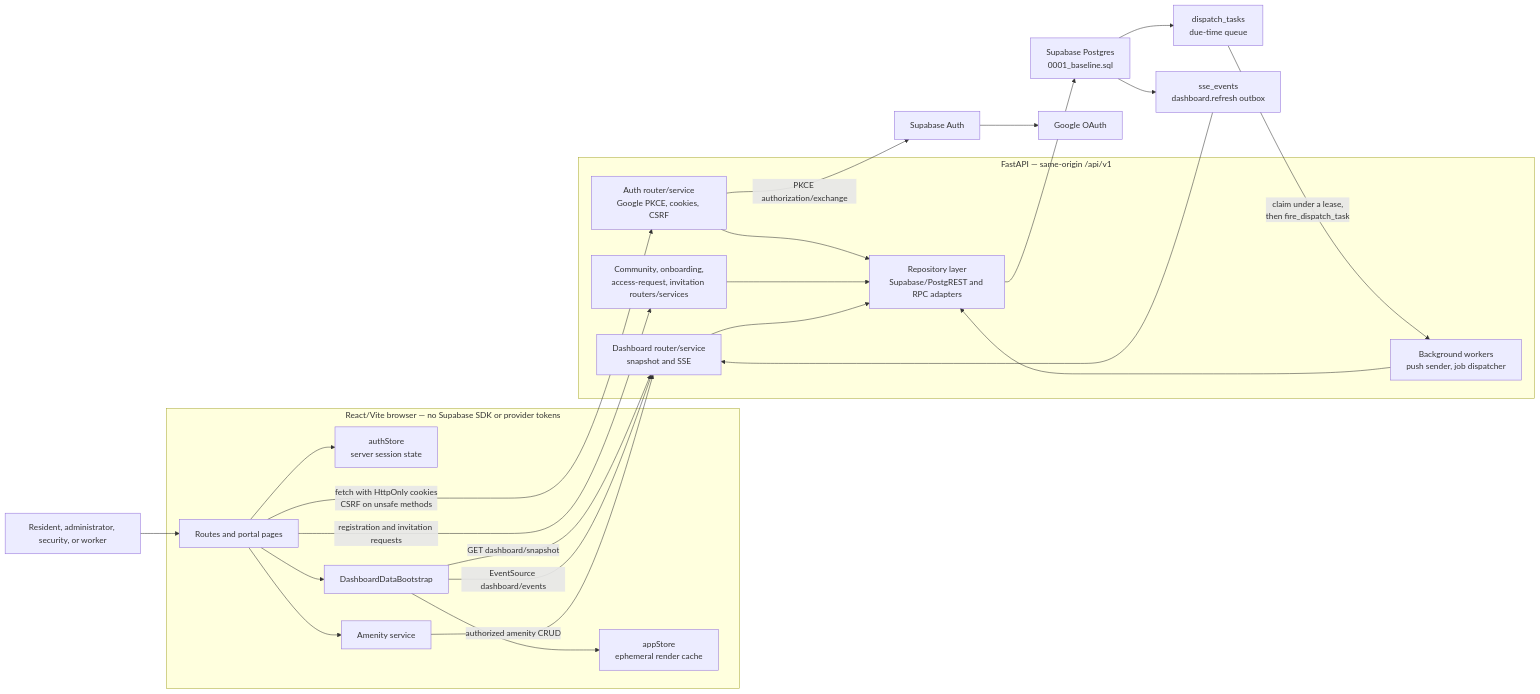
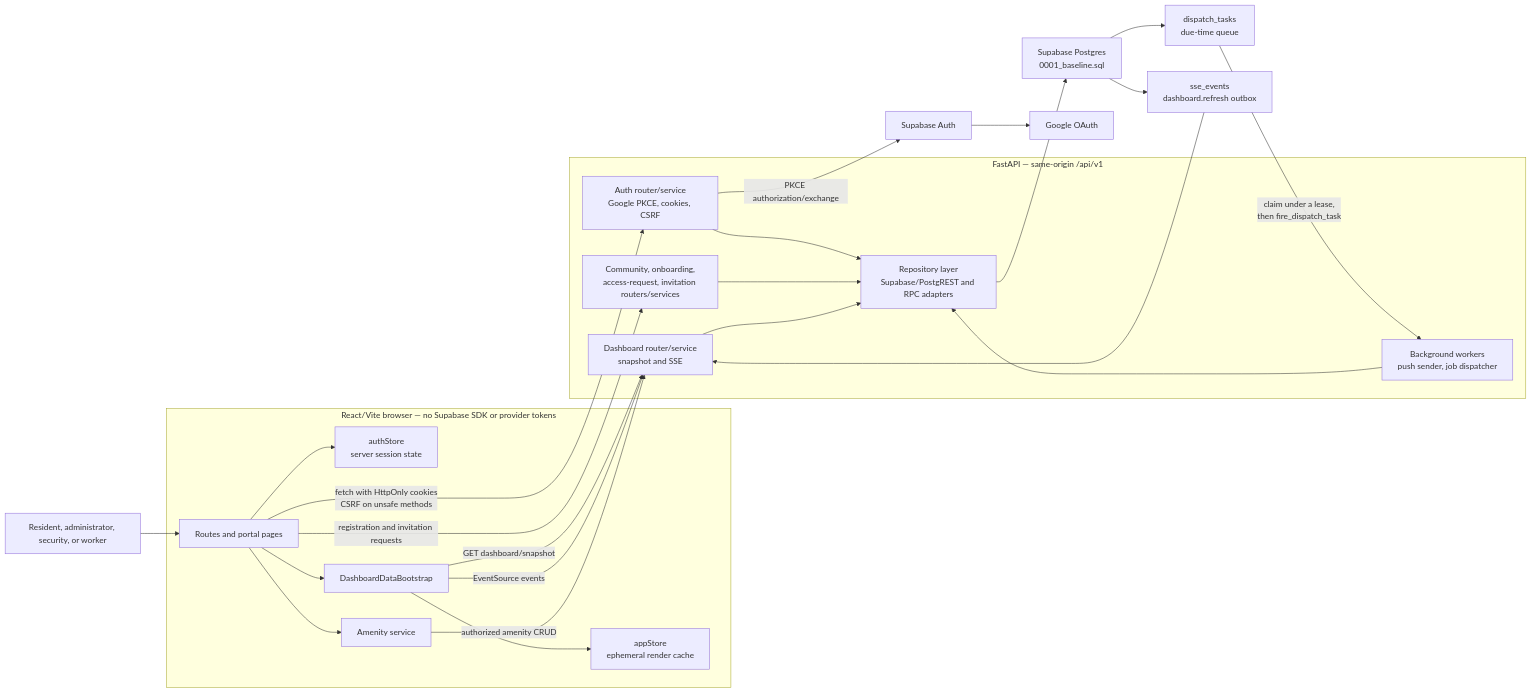
One commit to painful-bug/MAY2026-Team-035 changed the first of 2 diagrams in docs/ARCHITECTURE.md. Above: the diagram before and after it, drawn with Mermaid. The commit also changed other lines of this file and 9 other files, not shown here.

Commit message:
perf(frontend): scope dashboard bootstrap to admin

````diff
--- a/docs/ARCHITECTURE.md
+++ b/docs/ARCHITECTURE.md
@@ -13,42 +13,42 @@
 ```mermaid
 flowchart LR
     User["Resident, administrator, security, or worker"] --> UI
 
     subgraph Browser["React/Vite browser — no Supabase SDK or provider tokens"]
         UI["Routes and portal pages"]
         AuthStore["authStore\nserver session state"]
         Bootstrap["DashboardDataBootstrap"]
         Cache["appStore\nephemeral render cache"]
         Amenity["Amenity service"]
         UI --> AuthStore
         UI --> Bootstrap
         Bootstrap --> Cache
         UI --> Amenity
     end
 
     subgraph API["FastAPI — same-origin /api/v1"]
         Auth["Auth router/service\nGoogle PKCE, cookies, CSRF"]
         Registration["Community, onboarding,\naccess-request, invitation routers/services"]
         Dashboard["Dashboard router/service\nsnapshot and SSE"]
         Repositories["Repository layer\nSupabase/PostgREST and RPC adapters"]
         Workers["Background workers\npush sender, job dispatcher"]
         Auth --> Repositories
         Registration --> Repositories
         Dashboard --> Repositories
         Workers --> Repositories
     end
 
     UI -->|"fetch with HttpOnly cookies\nCSRF on unsafe methods"| Auth
     UI -->|"registration and invitation requests"| Registration
     Bootstrap -->|"GET dashboard/snapshot"| Dashboard
-    Bootstrap -->|"EventSource dashboard/events"| Dashboard
+    Bootstrap -->|"EventSource events"| Dashboard
     Amenity -->|"authorized amenity CRUD"| Dashboard
 
     Auth -->|"PKCE authorization/exchange"| SupabaseAuth["Supabase Auth"]
     SupabaseAuth --> Google["Google OAuth"]
     Repositories --> DB["Supabase Postgres\n0001_baseline.sql"]
     DB --> Outbox["sse_events\ndashboard.refresh outbox"]
     Outbox --> Dashboard
     DB --> Queue["dispatch_tasks\ndue-time queue"]
     Queue -->|"claim under a lease,\nthen fire_dispatch_task"| Workers
 ```
````
